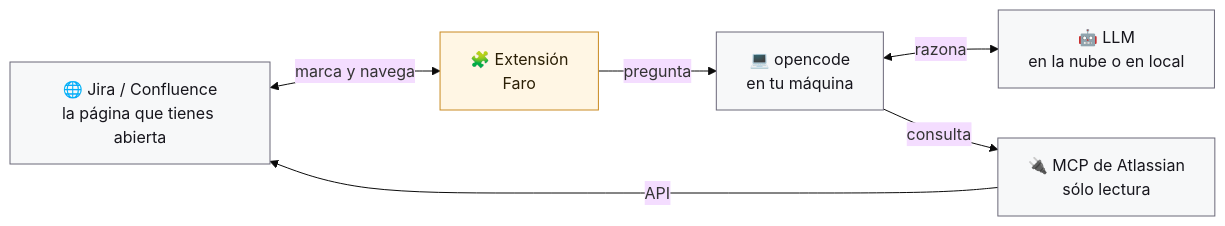
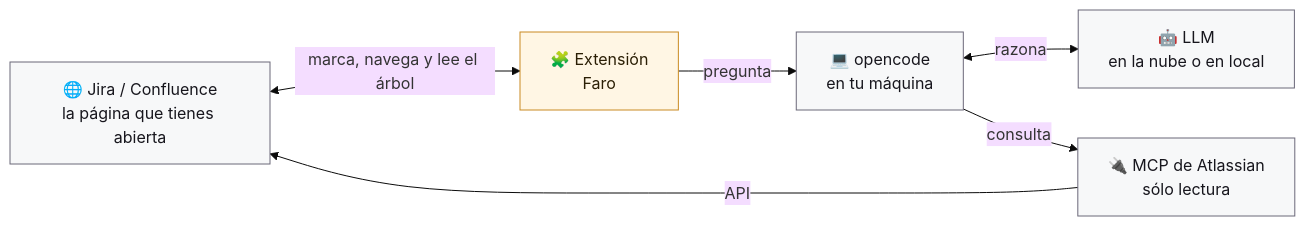
One commit to MarcoTenCortes/faro_test changed the diagram in README.md. Above: the diagram before and after it, drawn with Mermaid (base theme). The commit also changed other lines of this file and 44 other files, not shown here.

````diff
--- a/README.md
+++ b/README.md
@@ -113,20 +120,20 @@
 ```mermaid
 flowchart LR
 
   PAGINA["🌐 Jira / Confluence<br/>la página que tienes abierta"]
   EXT["🧩 Extensión<br/>Faro"]
   OC["💻 opencode<br/>en tu máquina"]
   LLM["🤖 LLM<br/>en la nube o en local"]
   MCP["🔌 MCP de Atlassian<br/>sólo lectura"]
 
-  PAGINA <-- "marca y navega" --> EXT
+  PAGINA <-- "marca, navega y lee el árbol" --> EXT
   EXT -- "pregunta" --> OC
   OC <-- "razona" --> LLM
   OC -- "consulta" --> MCP
   MCP -- "API" --> PAGINA
 
   classDef caja fill:#F7F8F9,stroke:#6B6879,color:#17161D
   classDef faro fill:#FFF6E4,stroke:#C98A22,color:#2B1F05
   class PAGINA,OC,LLM,MCP caja
   class EXT faro
 ```
````
